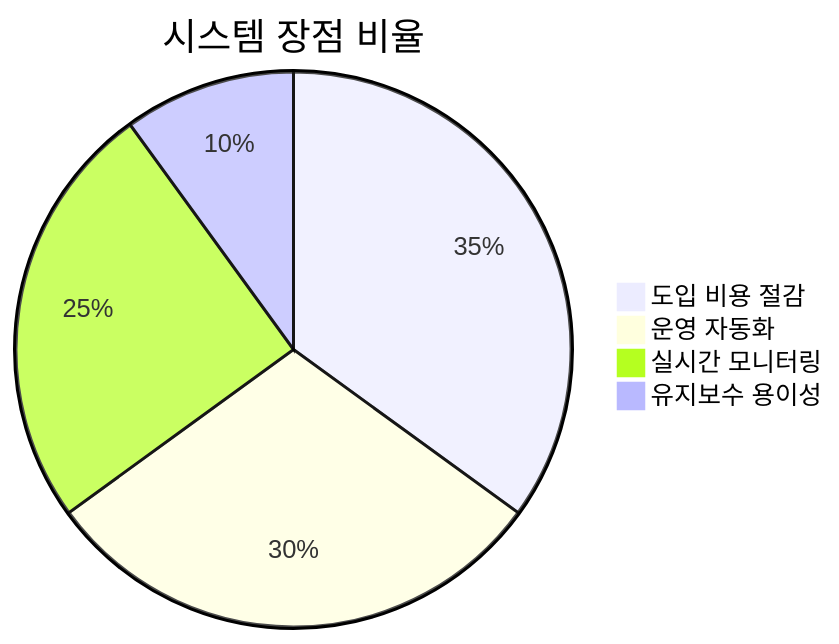
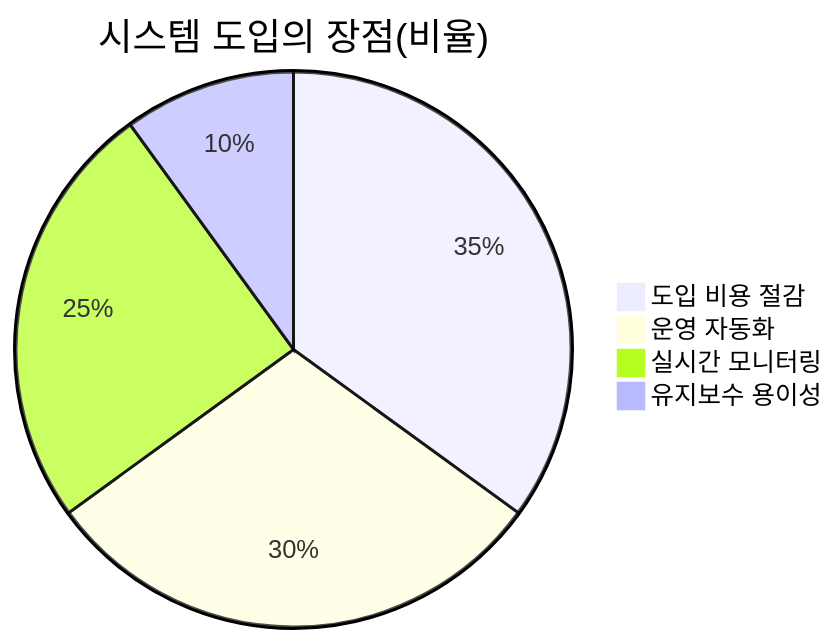
One commit to minajwsy/RL-3DbinPacking changed diagram 25 of 25 in docs/커서chat내용Export/커서Q&A0823a-사장보고서.md. Above: the diagram before and after it, drawn with Mermaid. The commit also changed other lines of this file, not shown here.

````diff
--- a/docs/커서chat내용Export/커서Q&A0823a-사장보고서.md
+++ b/docs/커서chat내용Export/커서Q&A0823a-사장보고서.md
@@ -1031,8 +1031,8 @@
 ```mermaid
 pie
-    title 시스템 장점 비율
+    title 시스템 도입의 장점(비율)
     "도입 비용 절감" : 35
     "운영 자동화" : 30
     "실시간 모니터링" : 25
     "유지보수 용이성" : 10
 ```
````
